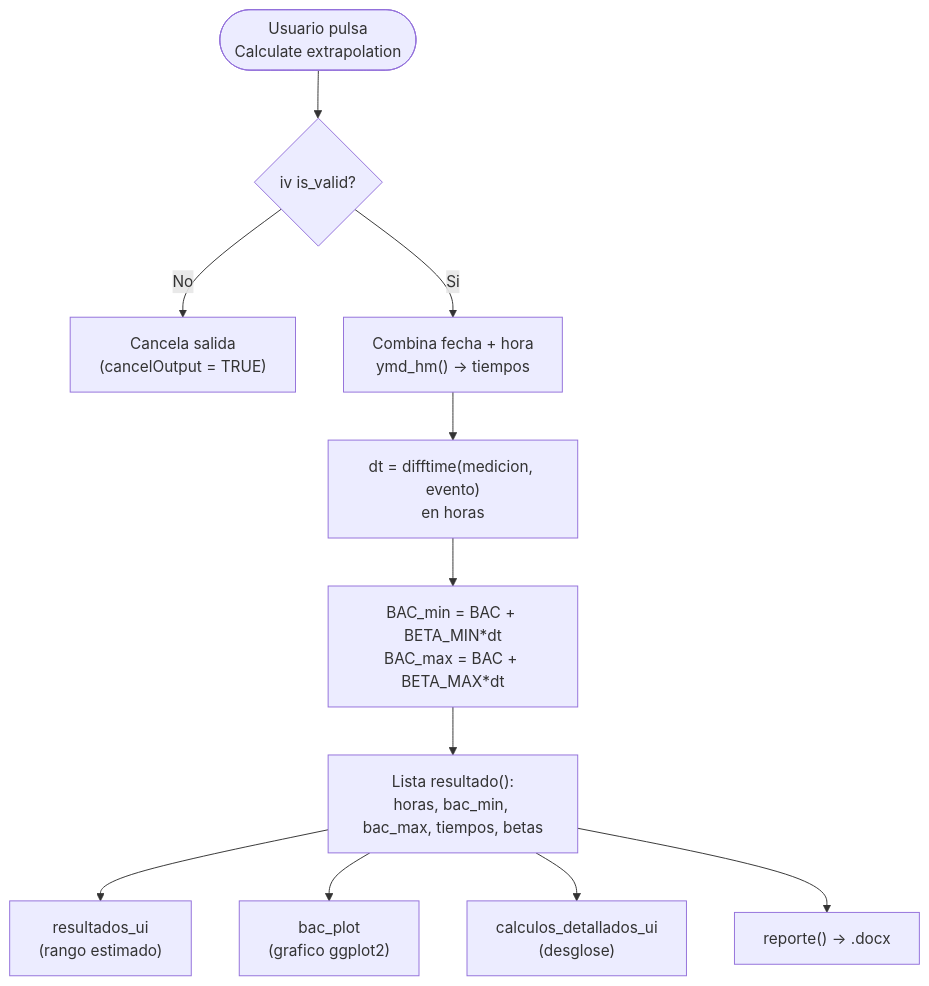
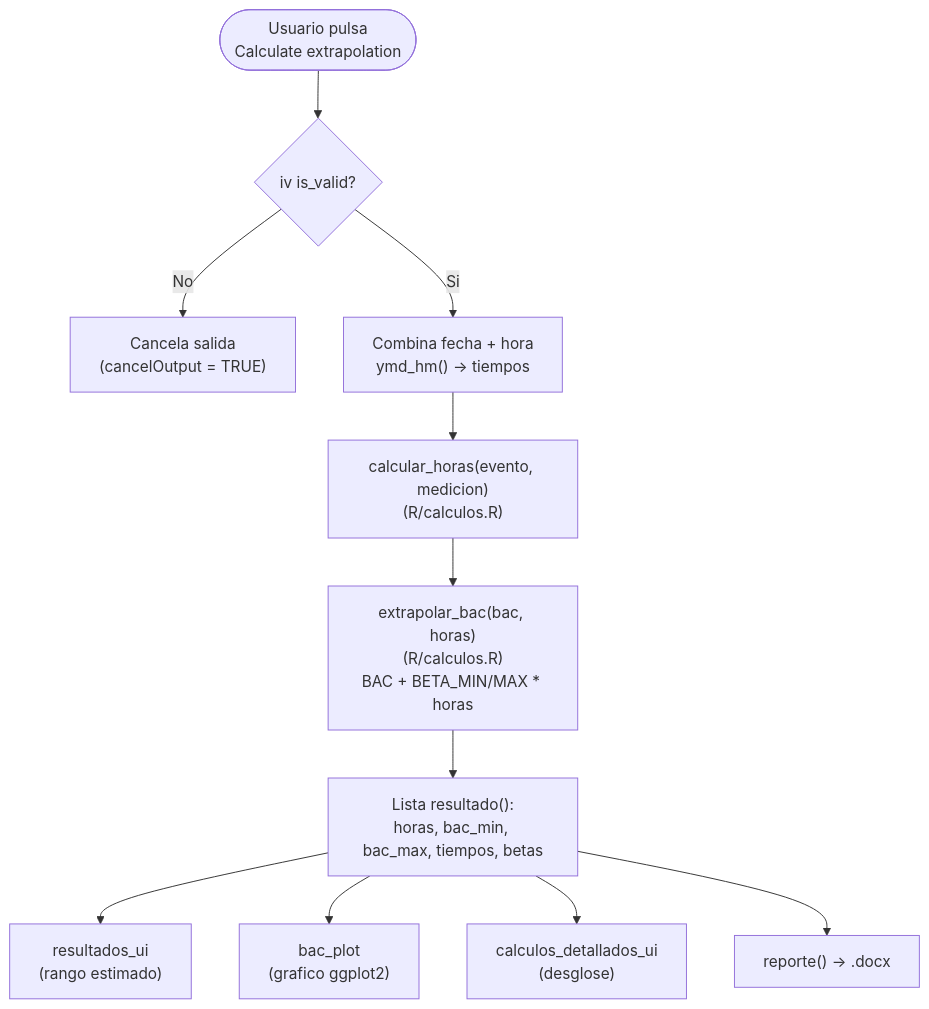
The second of 3 diagrams in documentos/documentacion.qmd (bastianolea/retro_bac), drawn with Mermaid before and after one commit. The commit also changed other lines of this file and 9 other files, not shown here.

````diff
--- a/documentos/documentacion.qmd
+++ b/documentos/documentacion.qmd
@@ -128,16 +175,16 @@
 ```{mermaid}
 %%| label: fig-flujo
 %%| fig-cap: "Flujo reactivo desde el clic hasta las salidas."
 
 flowchart TD
   START(["Usuario pulsa<br/>Calculate extrapolation"]) --> VALID{"iv is_valid?"}
   VALID -->|No| CANCEL["Cancela salida<br/>(cancelOutput = TRUE)"]
   VALID -->|Si| PARSE["Combina fecha + hora<br/>ymd_hm() -> tiempos"]
-  PARSE --> DELTA["dt = difftime(medicion, evento)<br/>en horas"]
-  DELTA --> CALC["BAC_min = BAC + BETA_MIN*dt<br/>BAC_max = BAC + BETA_MAX*dt"]
+  PARSE --> DELTA["calcular_horas(evento, medicion)<br/>(R/calculos.R)"]
+  DELTA --> CALC["extrapolar_bac(bac, horas)<br/>(R/calculos.R)<br/>BAC + BETA_MIN/MAX * horas"]
   CALC --> LIST["Lista resultado():<br/>horas, bac_min, bac_max, tiempos, betas"]
   LIST --> UI1["resultados_ui<br/>(rango estimado)"]
   LIST --> UI2["bac_plot<br/>(grafico ggplot2)"]
   LIST --> UI3["calculos_detallados_ui<br/>(desglose)"]
   LIST --> UI4["reporte() -> .docx"]
 ```
````
